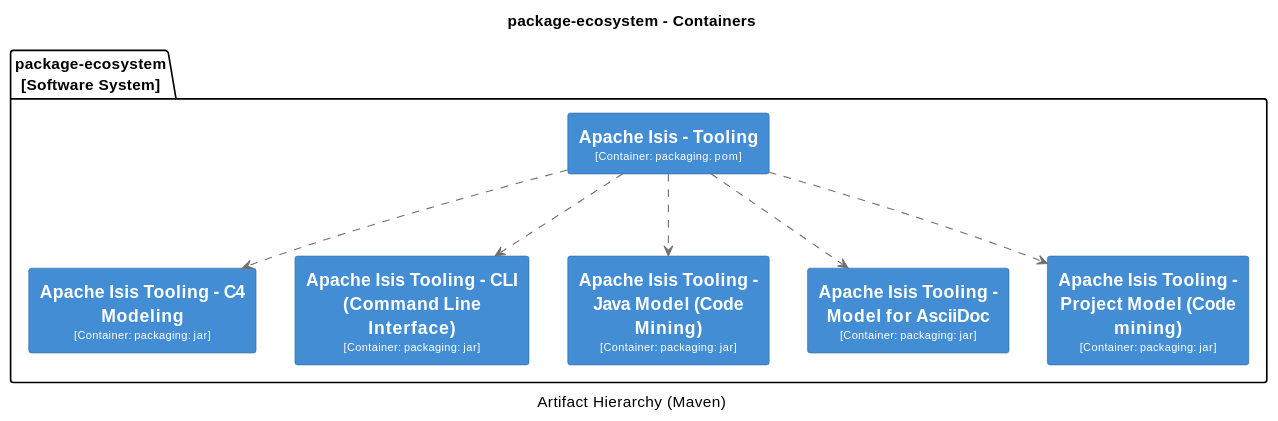
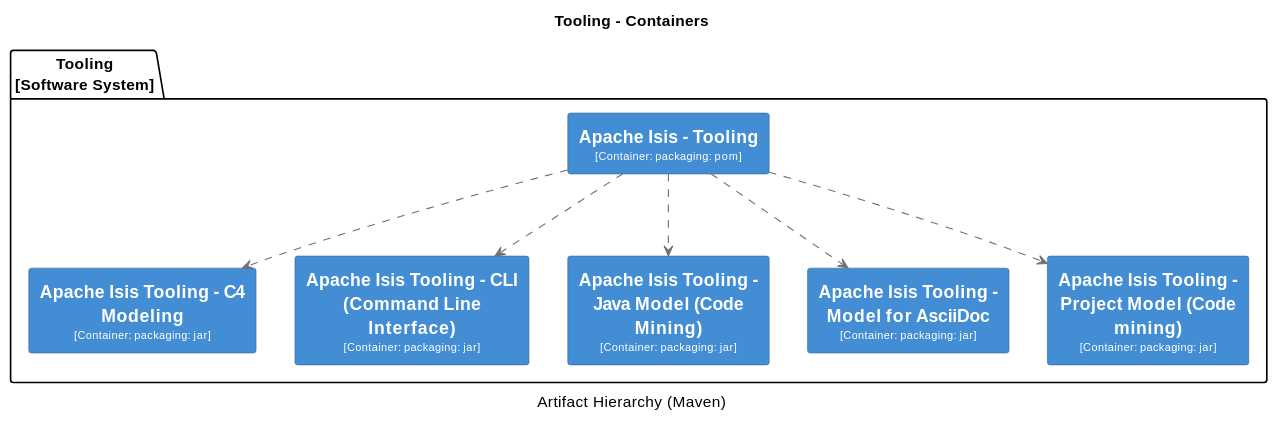
Diagram 15 of 18 in antora/components/system/modules/ROOT/pages/system-overview.adoc (apache/causeway), drawn with PlantUML before and after one commit. The commit also changed other lines of this file and 1 other file, not shown here.

Commit message:
ISIS-2473: system overview: more meaningful diagram titles

```diff
--- a/antora/components/system/modules/ROOT/pages/system-overview.adoc
+++ b/antora/components/system/modules/ROOT/pages/system-overview.adoc
@@ -4158,59 +4158,59 @@
 [plantuml,Tooling,svg]
 ----
 @startuml(id=Tooling)
-title package-ecosystem - Containers
+title Tooling - Containers
 caption Artifact Hierarchy (Maven)
 
 skinparam {
   shadowing false
   arrowFontSize 10
   defaultTextAlignment center
   wrapWidth 200
   maxMessageSize 100
 }
 hide stereotype
 skinparam rectangle<<2>> {
   BackgroundColor #438dd5
   FontColor #fffffe
   BorderColor #2E6295
 }
 skinparam rectangle<<3>> {
   BackgroundColor #438dd5
   FontColor #fffffe
   BorderColor #2E6295
 }
 skinparam rectangle<<4>> {
   BackgroundColor #438dd5
   FontColor #fffffe
   BorderColor #2E6295
 }
 skinparam rectangle<<5>> {
   BackgroundColor #438dd5
   FontColor #fffffe
   BorderColor #2E6295
 }
 skinparam rectangle<<6>> {
   BackgroundColor #438dd5
   FontColor #fffffe
   BorderColor #2E6295
 }
 skinparam rectangle<<7>> {
   BackgroundColor #438dd5
   FontColor #fffffe
   BorderColor #2E6295
 }
-package "package-ecosystem\n[Software System]" {
+package "Tooling\n[Software System]" {
   rectangle "==Apache Isis - Tooling\n<size:10>[Container: packaging: pom]</size>" <<2>> as 2
   rectangle "==Apache Isis Tooling - C4 Modeling\n<size:10>[Container: packaging: jar]</size>" <<3>> as 3
   rectangle "==Apache Isis Tooling - CLI (Command Line Interface)\n<size:10>[Container: packaging: jar]</size>" <<4>> as 4
   rectangle "==Apache Isis Tooling - Java Model (Code Mining)\n<size:10>[Container: packaging: jar]</size>" <<5>> as 5
   rectangle "==Apache Isis Tooling - Model for AsciiDoc\n<size:10>[Container: packaging: jar]</size>" <<6>> as 6
   rectangle "==Apache Isis Tooling - Project Model (Code mining)\n<size:10>[Container: packaging: jar]</size>" <<7>> as 7
 }
 2 .[#707070].> 3 : ""
 2 .[#707070].> 4 : ""
 2 .[#707070].> 5 : ""
 2 .[#707070].> 6 : ""
 2 .[#707070].> 7 : ""
 @enduml
 ----
```
